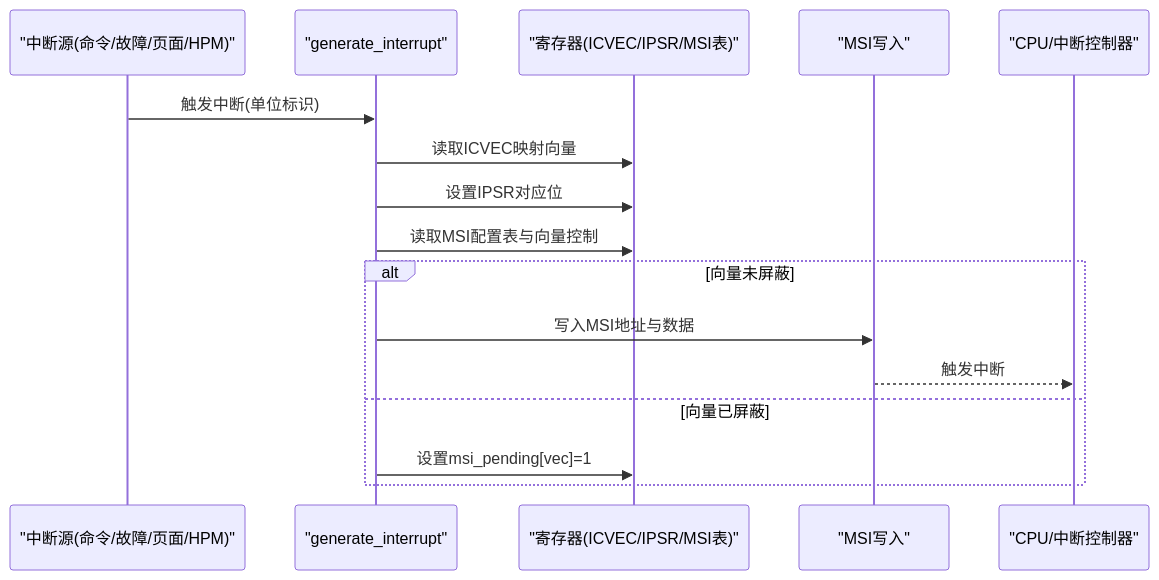
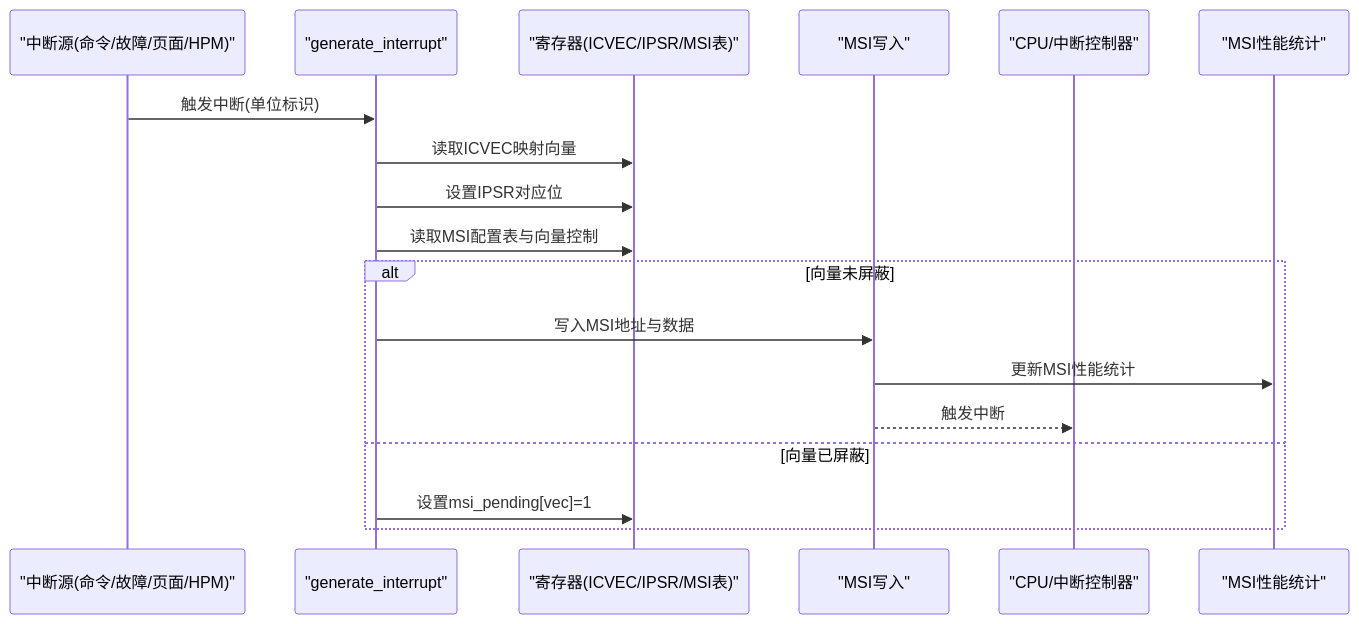
Before and after one commit to jiangjiang1122/iommu_model_20260401_v1: the second of 8 diagrams in .qoder/repowiki/zh/content/API参考手册/中断和性能监控接口.md, drawn with Mermaid. The commit also changed other lines of this file and 159 other files, not shown here.

Commit message:
chore: 更新知识库文档 + 新增PTW并发分析图表与数据文件

````diff
--- a/.qoder/repowiki/zh/content/API参考手册/中断和性能监控接口.md
+++ b/.qoder/repowiki/zh/content/API参考手册/中断和性能监控接口.md
@@ -124,18 +152,20 @@
 ```mermaid
 sequenceDiagram
 participant SRC as "中断源(命令/故障/页面/HPM)"
 participant GEN as "generate_interrupt"
 participant REG as "寄存器(ICVEC/IPSR/MSI表)"
 participant MSI as "MSI写入"
 participant CPU as "CPU/中断控制器"
+participant MSI_STATS as "MSI性能统计"
 SRC->>GEN : 触发中断(单位标识)
 GEN->>REG : 读取ICVEC映射向量
 GEN->>REG : 设置IPSR对应位
 GEN->>REG : 读取MSI配置表与向量控制
 alt 向量未屏蔽
 GEN->>MSI : 写入MSI地址与数据
+MSI->>MSI_STATS : 更新MSI性能统计
 MSI-->>CPU : 触发中断
 else 向量已屏蔽
 GEN->>REG : 设置msi_pending[vec]=1
 end
 ```
````
